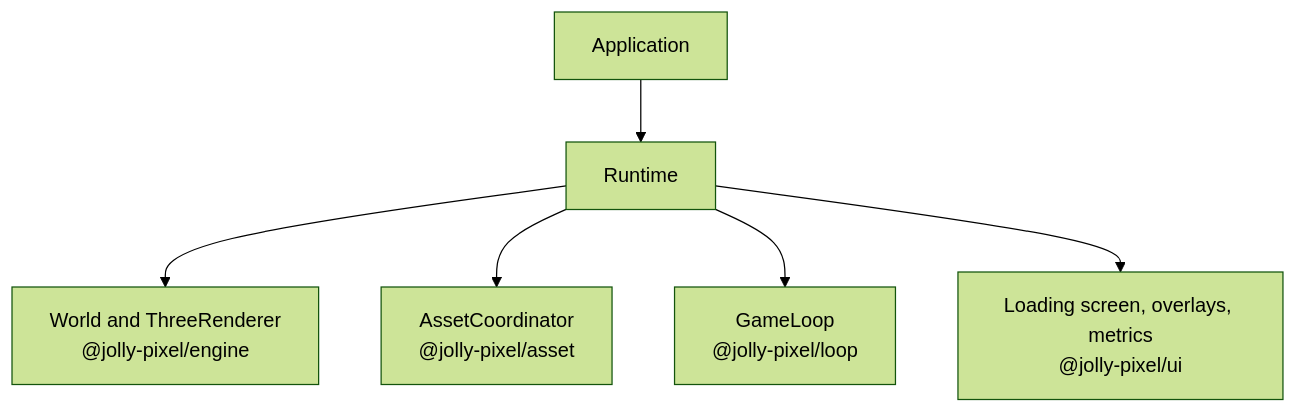
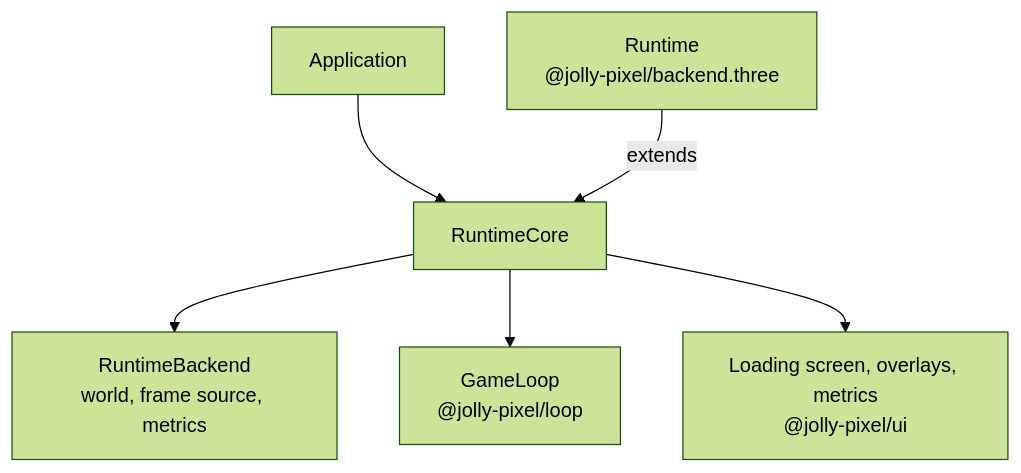
Before and after one commit to JollyPixel/editor: the first of 5 diagrams in packages/runtime/ARCHITECTURE.md, drawn with Mermaid (forest theme). The commit also changed other lines of this file and 1044 other files, not shown here.

Commit message:
refactor!: split engine into ecs + backend.three and decouple runtime

````diff
--- a/packages/runtime/ARCHITECTURE.md
+++ b/packages/runtime/ARCHITECTURE.md
@@ -9,8 +9,8 @@
 ```mermaid
 flowchart TB
-    App["Application"] --> Runtime["Runtime"]
-    Runtime --> Engine["World and ThreeRenderer<br/>@jolly-pixel/engine"]
-    Runtime --> Assets["AssetCoordinator<br/>@jolly-pixel/asset"]
-    Runtime --> Loop["GameLoop<br/>@jolly-pixel/loop"]
-    Runtime --> UI["Loading screen, overlays, metrics<br/>@jolly-pixel/ui"]
+    App["Application"] --> Core["RuntimeCore"]
+    Core --> Backend["RuntimeBackend<br/>world, frame source, metrics"]
+    Core --> Loop["GameLoop<br/>@jolly-pixel/loop"]
+    Core --> UI["Loading screen, overlays, metrics<br/>@jolly-pixel/ui"]
+    Three["Runtime<br/>@jolly-pixel/backend.three"] -->|"extends"| Core
 ```
````
